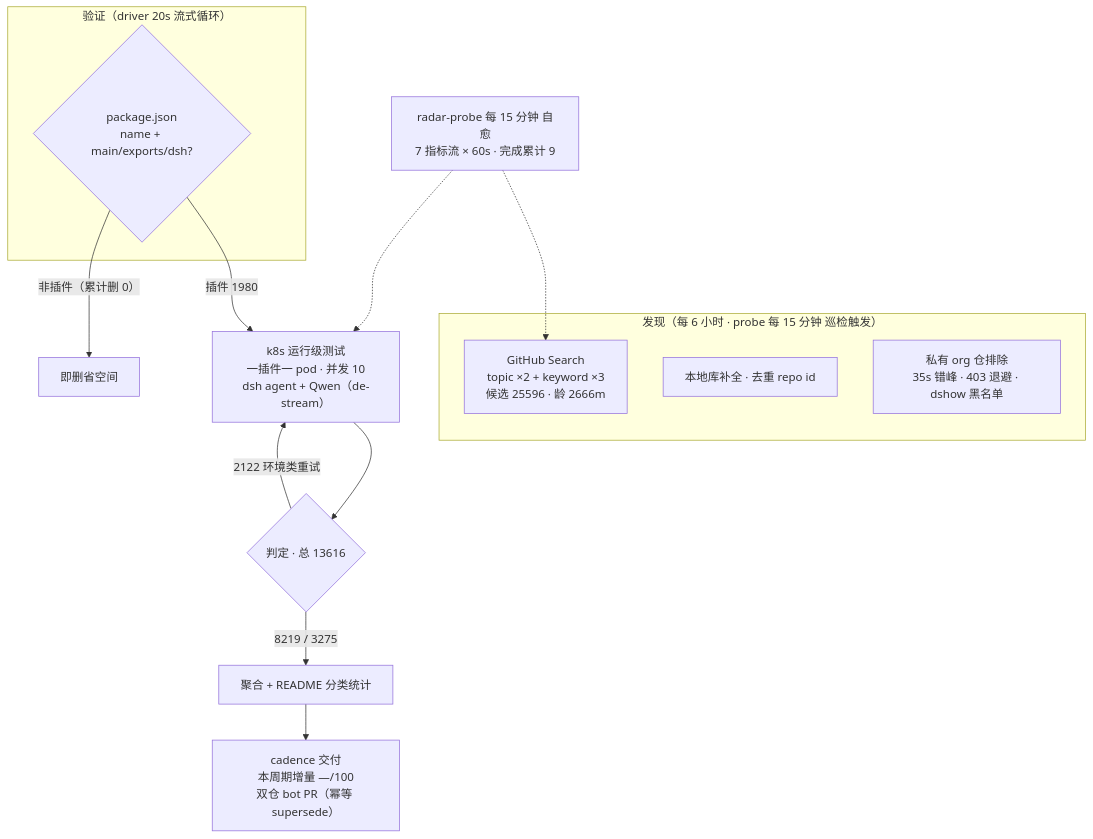
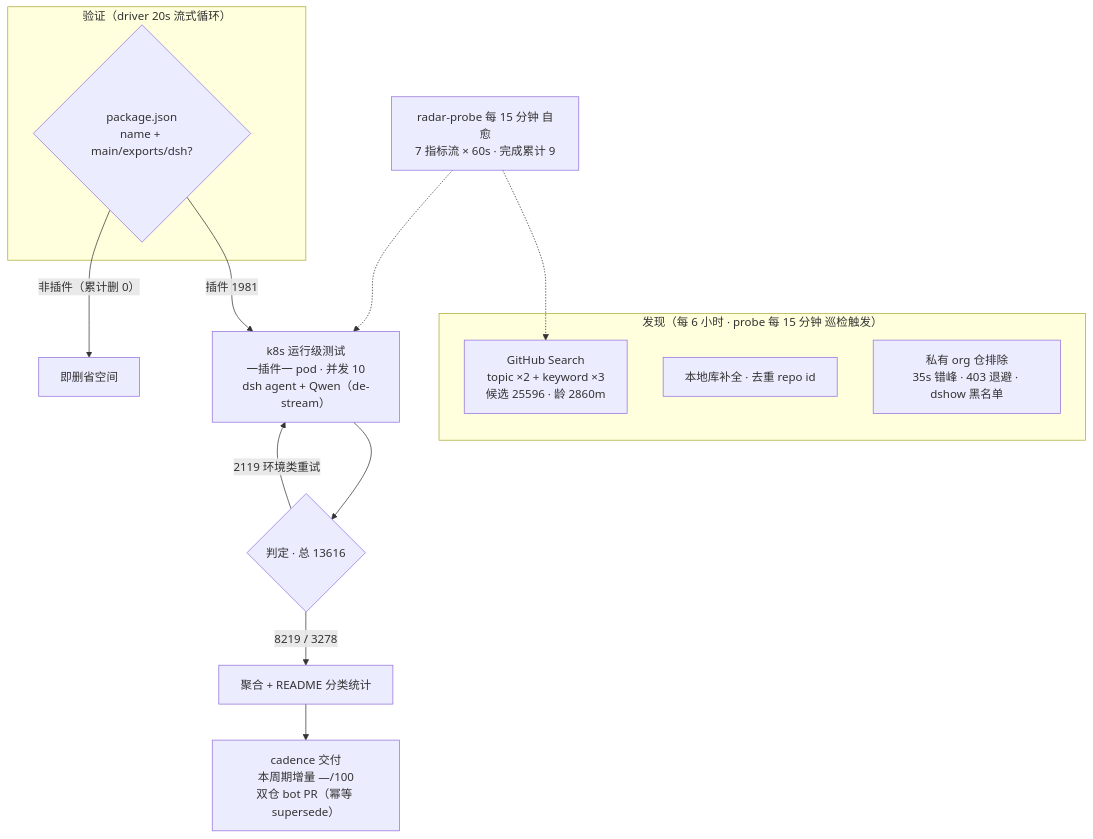
Before and after one commit to Zhidao-Lab-OSS/awesome-dsh-plugins: the diagram in README.md, drawn with Mermaid. The commit also changed other lines of this file and 1 other file, not shown here.

````diff
--- a/README.md
+++ b/README.md
@@ -54,20 +54,20 @@
 ```mermaid
 flowchart TB
     subgraph Discovery["发现（每 6 小时 · probe 每 15 分钟 巡检触发）"]
-        A1["GitHub Search<br/>topic ×2 + keyword ×3<br/>候选 25596 · 龄 2666m"]
+        A1["GitHub Search<br/>topic ×2 + keyword ×3<br/>候选 25596 · 龄 2860m"]
         A2["本地库补全 · 去重 repo id"]
         A3["私有 org 仓排除<br/>35s 错峰 · 403 退避 · dshow 黑名单"]
     end
     subgraph Validation["验证（driver 20s 流式循环）"]
         B1{"package.json<br/>name + main/exports/dsh?"}
     end
-    B1 -->|"插件 1980"| C1["k8s 运行级测试<br/>一插件一 pod · 并发 10<br/>dsh agent + Qwen（de-stream）"]
+    B1 -->|"插件 1981"| C1["k8s 运行级测试<br/>一插件一 pod · 并发 10<br/>dsh agent + Qwen（de-stream）"]
     B1 -->|"非插件（累计删 0）"| B3["即删省空间"]
     C1 --> D1{"判定 · 总 13616"}
-    D1 -->|"8219 / 3275"| E1["聚合 + README 分类统计"]
-    D1 -->|"2122 环境类重试"| C1
+    D1 -->|"8219 / 3278"| E1["聚合 + README 分类统计"]
+    D1 -->|"2119 环境类重试"| C1
     E1 --> E2["cadence 交付<br/>本周期增量 —/100<br/>双仓 bot PR（幂等 supersede）"]
     M["radar-probe 每 15 分钟 自愈<br/>7 指标流 × 60s · 完成累计 9"]
     M -.-> A1
     M -.-> C1
 ```
````
